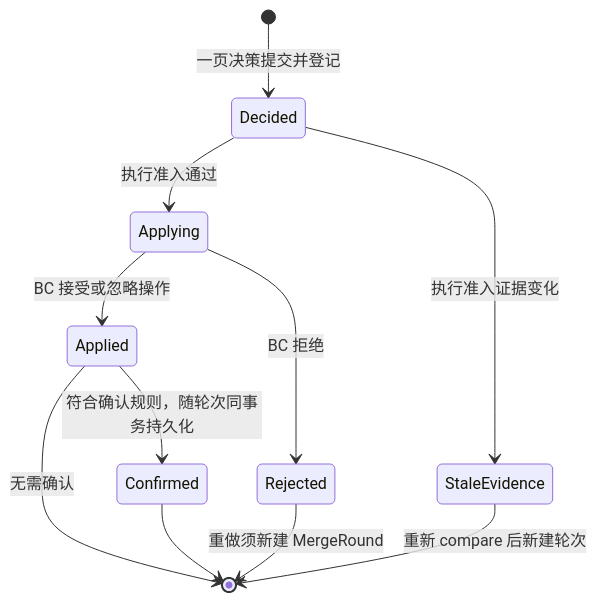
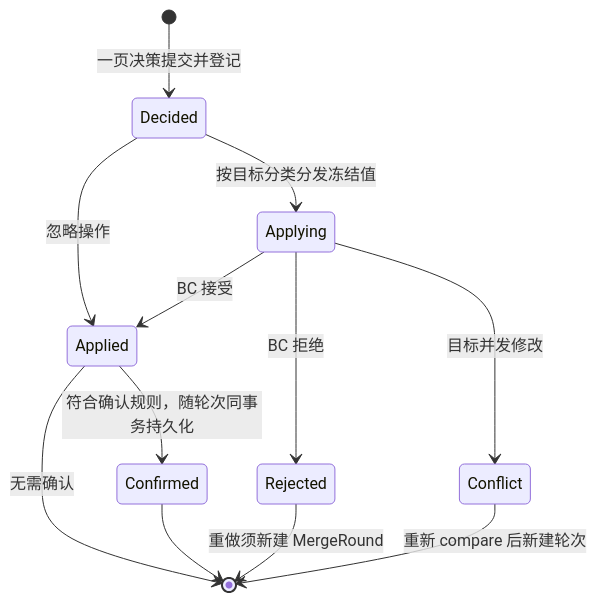
One commit to Greytrack/ddd-workingset changed the second of 4 diagrams in docs/working-set/diagrams/merge-entry-lifecycle.md. Above: the diagram before and after it, drawn with Mermaid. The commit also changed other lines of this file and 18 other files, not shown here.

````diff
--- a/docs/working-set/diagrams/merge-entry-lifecycle.md
+++ b/docs/working-set/diagrams/merge-entry-lifecycle.md
@@ -76,13 +72,14 @@
 ```mermaid
 stateDiagram-v2
     [*] --> Decided: 一页决策提交并登记
-    Decided --> StaleEvidence: 执行准入证据变化
-    Decided --> Applying: 执行准入通过
-    Applying --> Applied: BC 接受或忽略操作
+    Decided --> Applying: 按目标分类分发冻结值
+    Decided --> Applied: 忽略操作
+    Applying --> Applied: BC 接受
     Applying --> Rejected: BC 拒绝
+    Applying --> Conflict: 目标并发修改
     Applied --> Confirmed: 符合确认规则，随轮次同事务持久化
     Applied --> [*]: 无需确认
     Confirmed --> [*]
     Rejected --> [*]: 重做须新建 MergeRound
-    StaleEvidence --> [*]: 重新 compare 后新建轮次
+    Conflict --> [*]: 重新 compare 后新建轮次
 ```
````
